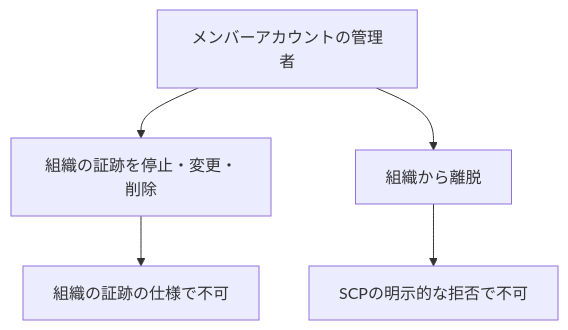
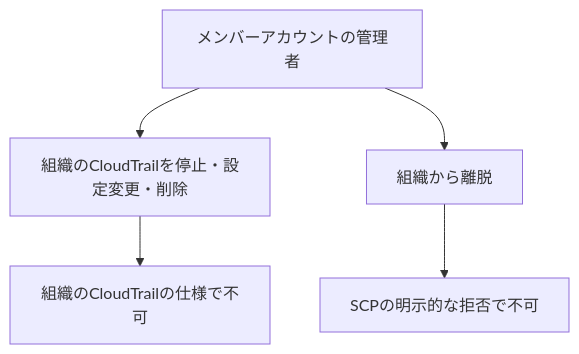
Before and after one commit to ara-ta3/zenn.dev: the second of 5 diagrams in articles/aws-cloudtrail-log-protection.md, drawn with Mermaid. The commit also changed other lines of this file, not shown here.

Commit message:
CloudTrailのログ保護記事の構成を整理し全体図を追加

````diff
--- a/articles/aws-cloudtrail-log-protection.md
+++ b/articles/aws-cloudtrail-log-protection.md
@@ -67,11 +78,11 @@
 ```mermaid
 flowchart TB
   A["メンバーアカウントの管理者"]
-  T["組織の証跡を停止・変更・削除"]
+  T["組織のCloudTrailを停止・設定変更・削除"]
   L["組織から離脱"]
 
   A --> T
   A --> L
-  T --> X["組織の証跡の仕様で不可"]
+  T --> X["組織のCloudTrailの仕様で不可"]
   L --> Y["SCPの明示的な拒否で不可"]
 ```
````
